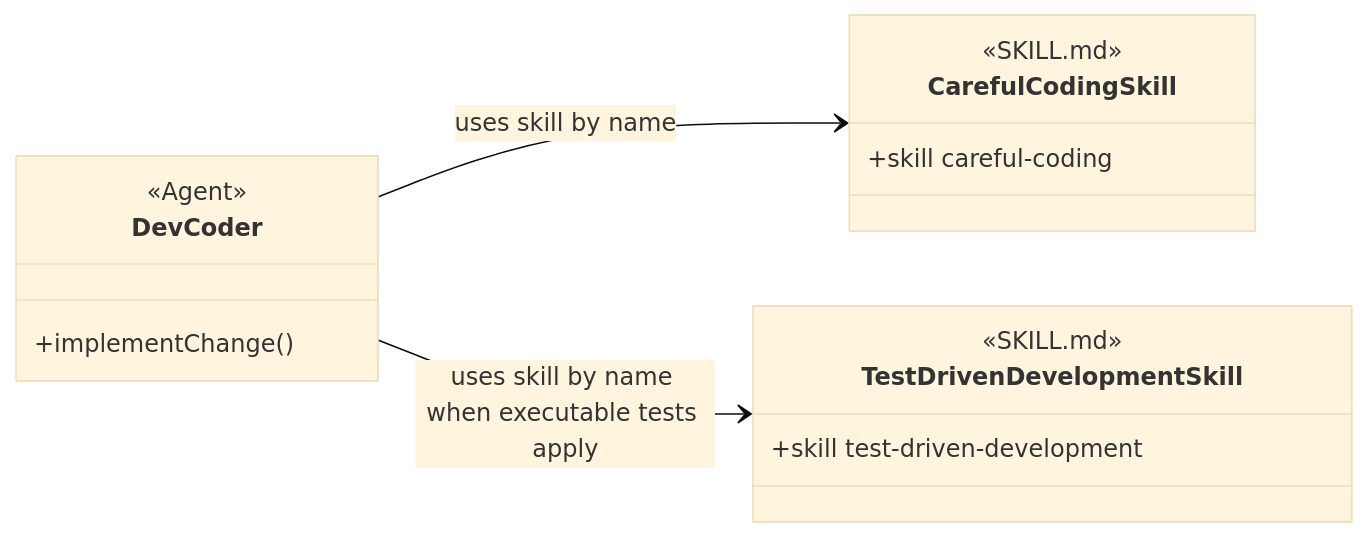
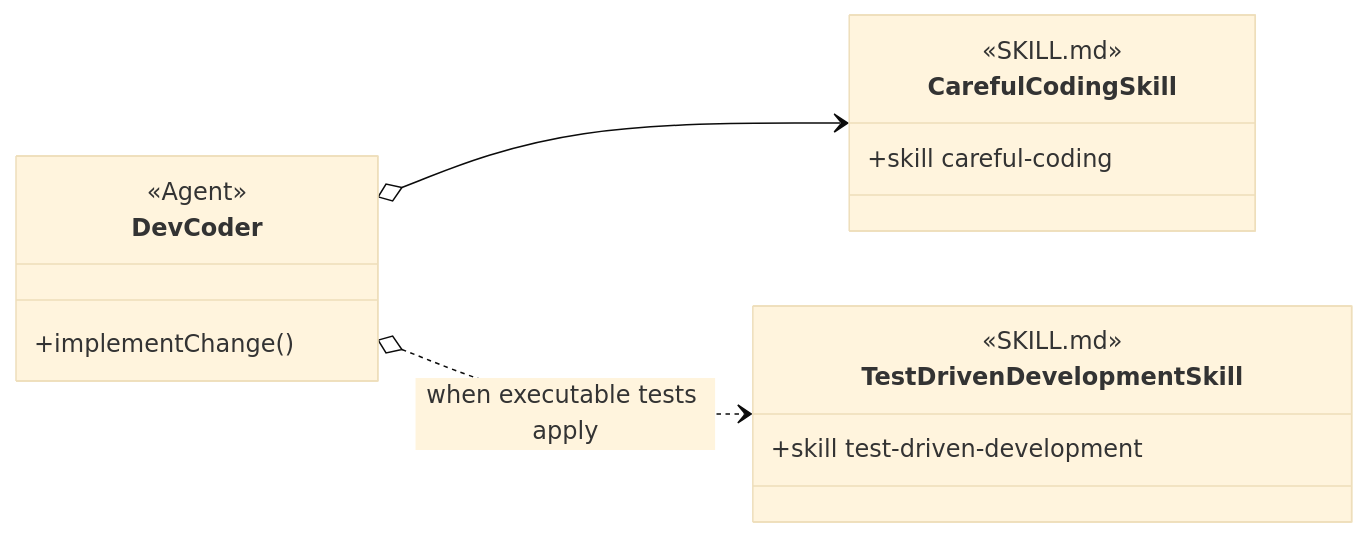
The second of 11 diagrams in design/object-oriented-agent-and-skill-model.md (martinbechard/dev-methodology), drawn with Mermaid (base theme) before and after one commit. The commit also changed other lines of this file and 2 other files, not shown here.

Commit message:
Simplify diagram reference conventions

````diff
--- a/design/object-oriented-agent-and-skill-model.md
+++ b/design/object-oriented-agent-and-skill-model.md
@@ -221,24 +117,24 @@
 ```mermaid
 classDiagram
     direction LR
 
     class DevCoder {
         <<Agent>>
         +implementChange()
     }
 
     class CarefulCodingSkill {
         <<SKILL.md>>
         <<Agent Skill>>
         +skill careful-coding
     }
 
     class TestDrivenDevelopmentSkill {
         <<SKILL.md>>
         <<Agent Skill>>
         +skill test-driven-development
     }
 
-    DevCoder --> CarefulCodingSkill : uses skill by name
-    DevCoder --> TestDrivenDevelopmentSkill : uses skill by name when executable tests apply
+    DevCoder o--> CarefulCodingSkill
+    DevCoder o..> TestDrivenDevelopmentSkill : when executable tests apply
 ```
````
